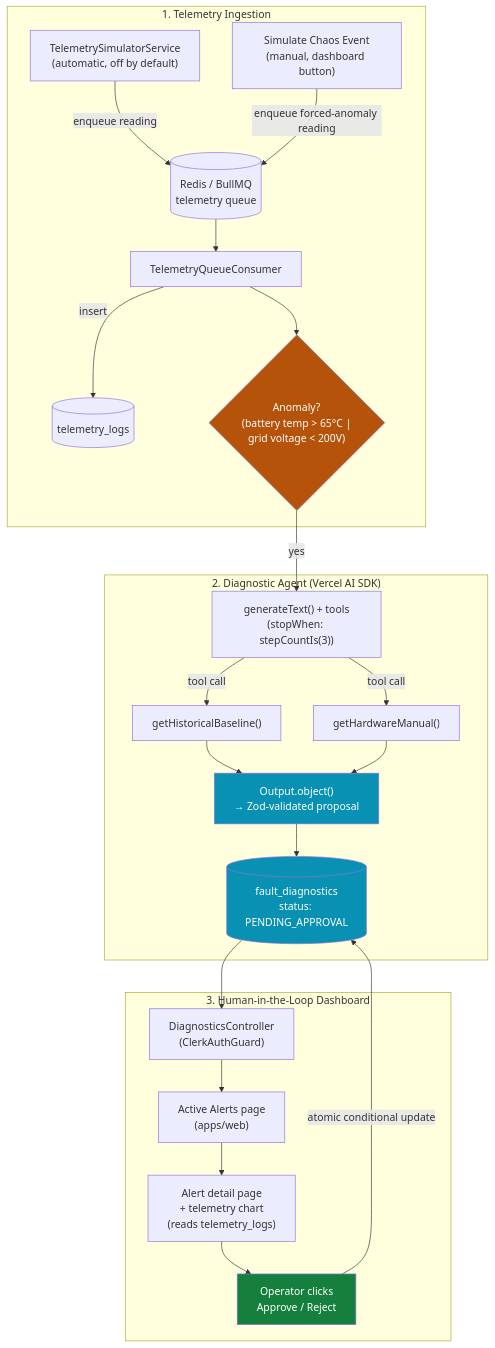
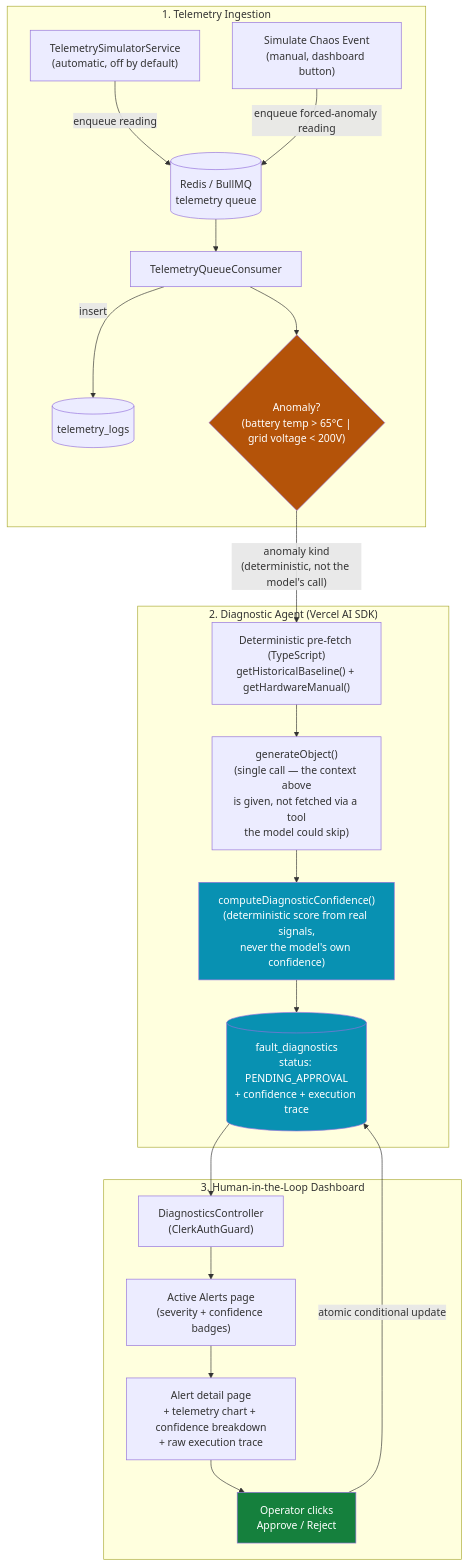
Before and after one commit to m-ahmedbashir/gridstream-agent: the second of 2 diagrams in README.md, drawn with Mermaid. The commit also changed other lines of this file and 13 other files, not shown here.

First line of the commit message:
feat: enhance diagnostics service and telemetry chart

````diff
--- a/README.md
+++ b/README.md
@@ -102,31 +102,30 @@
 ```mermaid
 flowchart TD
     subgraph Ingestion ["1. Telemetry Ingestion"]
         SIM["TelemetrySimulatorService<br/>(automatic, off by default)"] -->|enqueue reading| Q[("Redis / BullMQ<br/>telemetry queue")]
         CHAOS["Simulate Chaos Event<br/>(manual, dashboard button)"] -->|enqueue forced-anomaly reading| Q
         Q --> CONSUMER["TelemetryQueueConsumer"]
         CONSUMER -->|insert| TL[("telemetry_logs")]
         CONSUMER --> THRESH{"Anomaly?<br/>(battery temp > 65°C |<br/>grid voltage < 200V)"}
     end
 
     subgraph AgenticAI ["2. Diagnostic Agent (Vercel AI SDK)"]
-        THRESH -->|yes| AGENT["generateText() + tools<br/>(stopWhen: stepCountIs(3))"]
-        AGENT -->|tool call| BASELINE["getHistoricalBaseline()"]
-        AGENT -->|tool call| MANUAL["getHardwareManual()"]
-        BASELINE & MANUAL --> OUTPUT["Output.object()<br/>→ Zod-validated proposal"]
-        OUTPUT --> FD[("fault_diagnostics<br/>status: PENDING_APPROVAL")]
+        THRESH -->|"anomaly kind<br/>(deterministic, not the model's call)"| PREFETCH["Deterministic pre-fetch (TypeScript)<br/>getHistoricalBaseline() + getHardwareManual()"]
+        PREFETCH --> GEN["generateObject()<br/>(single call — the context above<br/>is given, not fetched via a tool<br/>the model could skip)"]
+        GEN --> CONF["computeDiagnosticConfidence()<br/>(deterministic score from real signals,<br/>never the model's own confidence)"]
+        CONF --> FD[("fault_diagnostics<br/>status: PENDING_APPROVAL<br/>+ confidence + execution trace")]
     end
 
     subgraph HITL ["3. Human-in-the-Loop Dashboard"]
         FD --> API["DiagnosticsController<br/>(ClerkAuthGuard)"]
-        API --> ALERTS["Active Alerts page<br/>(apps/web)"]
-        ALERTS --> DETAIL["Alert detail page<br/>+ telemetry chart<br/>(reads telemetry_logs)"]
+        API --> ALERTS["Active Alerts page<br/>(severity + confidence badges)"]
+        ALERTS --> DETAIL["Alert detail page<br/>+ telemetry chart + confidence breakdown<br/>+ raw execution trace"]
         DETAIL --> DECISION["Operator clicks<br/>Approve / Reject"]
         DECISION -->|atomic conditional update| FD
     end
 
     style THRESH fill:#b45309,color:#fff
-    style OUTPUT fill:#0891b2,color:#fff
+    style CONF fill:#0891b2,color:#fff
     style FD fill:#0891b2,color:#fff
     style DECISION fill:#15803d,color:#fff
 ```
````
